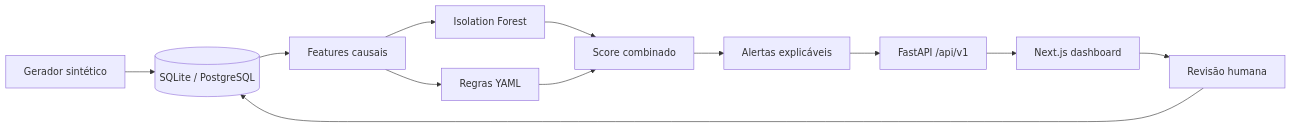
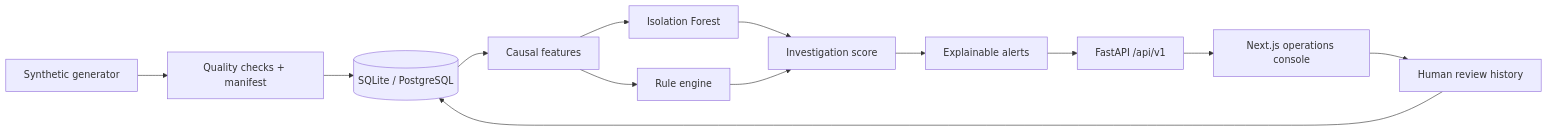
One commit to GabrielBuck/fraudlens changed the diagram in README.md. Above: the diagram before and after it, drawn with Mermaid. The commit also changed other lines of this file and 71 other files, not shown here.

````diff
--- a/README.md
+++ b/README.md
@@ -50,14 +27,15 @@
 ```mermaid
 flowchart LR
-  G[Gerador sintético] --> DB[(SQLite / PostgreSQL)]
-  DB --> F[Features causais]
+  G[Synthetic generator] --> Q[Quality checks + manifest]
+  Q --> DB[(SQLite / PostgreSQL)]
+  DB --> F[Causal features]
   F --> M[Isolation Forest]
-  F --> R[Regras YAML]
-  M --> S[Score combinado]
+  F --> R[Rule engine]
+  M --> S[Investigation score]
   R --> S
-  S --> A[Alertas explicáveis]
+  S --> A[Explainable alerts]
   A --> API[FastAPI /api/v1]
-  API --> UI[Next.js dashboard]
-  UI --> H[Revisão humana]
+  API --> UI[Next.js operations console]
+  UI --> H[Human review history]
   H --> DB
 ```
````
